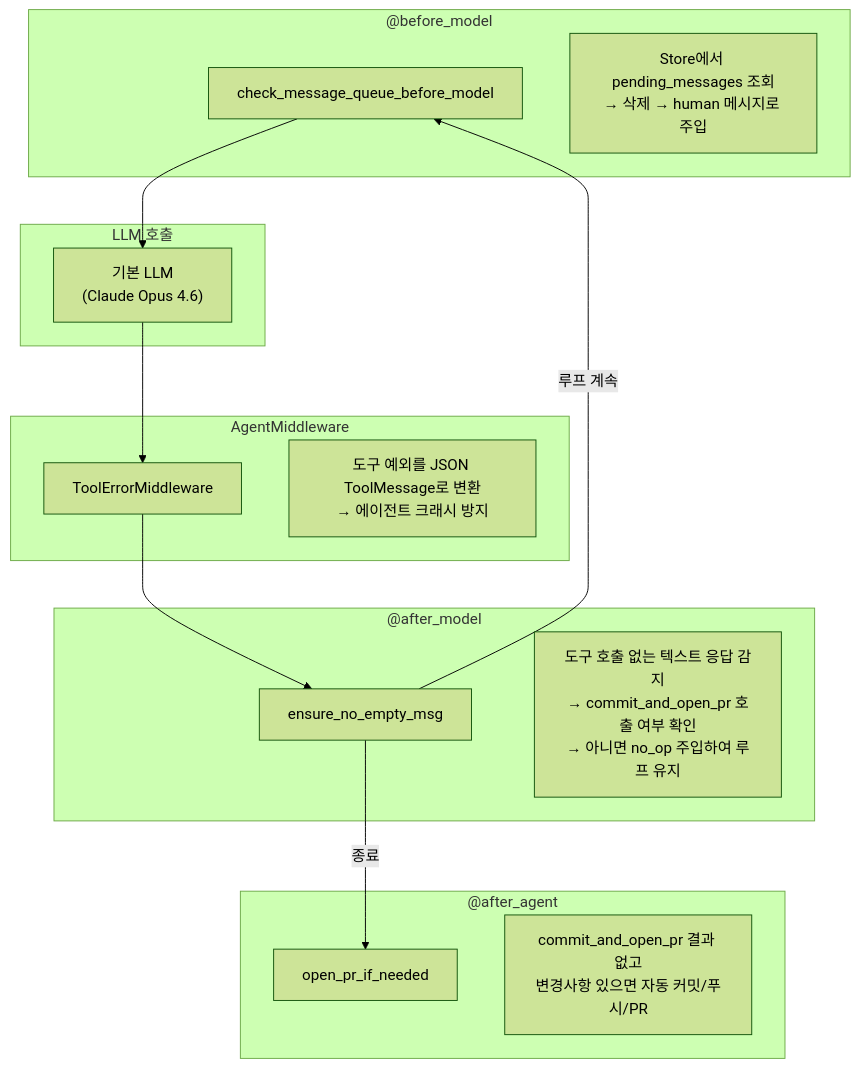
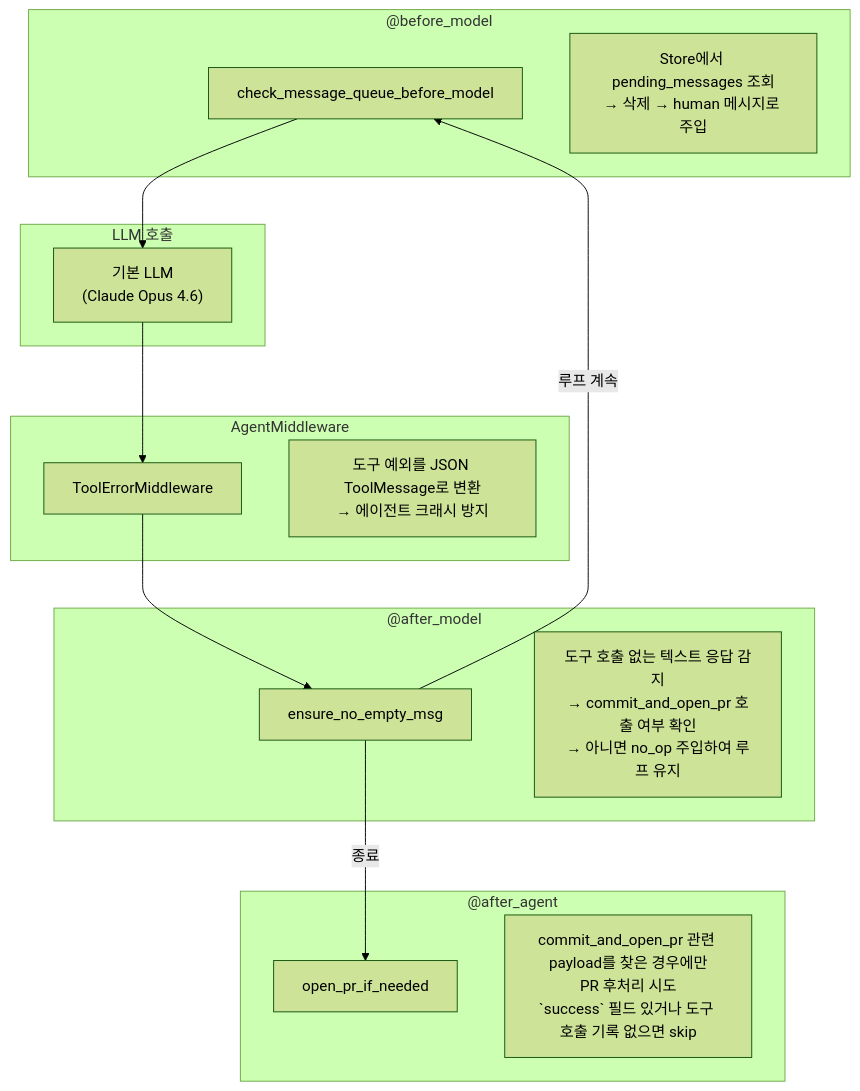
The eighth of 9 diagrams in docs/open-swe/00-diagram.md (kimchanhyung98/agentic-workflows), drawn with Mermaid (forest theme) before and after one commit. The commit also changed other lines of this file and 2 other files, not shown here.

First line of the commit message:
docs(open-swe): reformat tables and update env vars

````diff
--- a/docs/open-swe/00-diagram.md
+++ b/docs/open-swe/00-diagram.md
@@ -295,32 +295,32 @@
 ```mermaid
 flowchart TB
     subgraph BeforeModel["@before_model"]
         BM["check_message_queue_before_model"]
         BM_DESC["Store에서 pending_messages 조회<br/>→ 삭제 → human 메시지로 주입"]
     end
 
     subgraph ModelCall["LLM 호출"]
         LLM["기본 LLM<br/>(Claude Opus 4.6)"]
     end
 
     subgraph ToolExec["AgentMiddleware"]
         TE["ToolErrorMiddleware"]
         TE_DESC["도구 예외를 JSON ToolMessage로 변환<br/>→ 에이전트 크래시 방지"]
     end
 
     subgraph AfterModel["@after_model"]
         AM["ensure_no_empty_msg"]
         AM_DESC["도구 호출 없는 텍스트 응답 감지<br/>→ commit_and_open_pr 호출 여부 확인<br/>→ 아니면 no_op 주입하여 루프 유지"]
     end
 
     subgraph AfterAgent["@after_agent"]
         AA["open_pr_if_needed"]
-        AA_DESC["commit_and_open_pr 결과 없고<br/>변경사항 있으면 자동 커밋/푸시/PR"]
+        AA_DESC["commit_and_open_pr 관련 payload를 찾은 경우에만<br/>PR 후처리 시도<br/>`success` 필드 있거나 도구 호출 기록 없으면 skip"]
     end
 
     BM --> LLM
     LLM --> TE
     TE --> AM
     AM -->|"루프 계속"| BM
     AM -->|"종료"| AA
 ```
````
